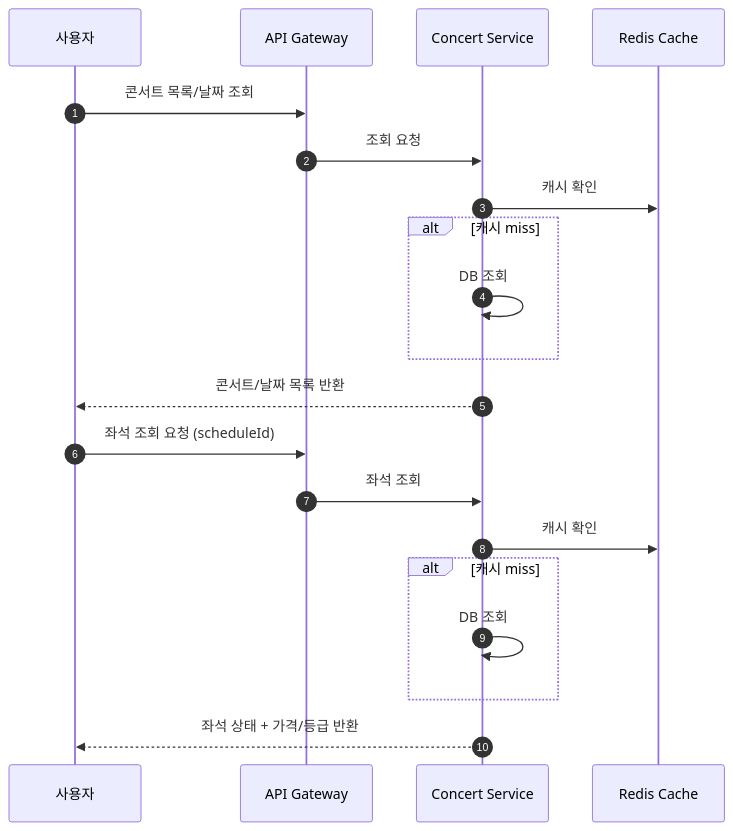
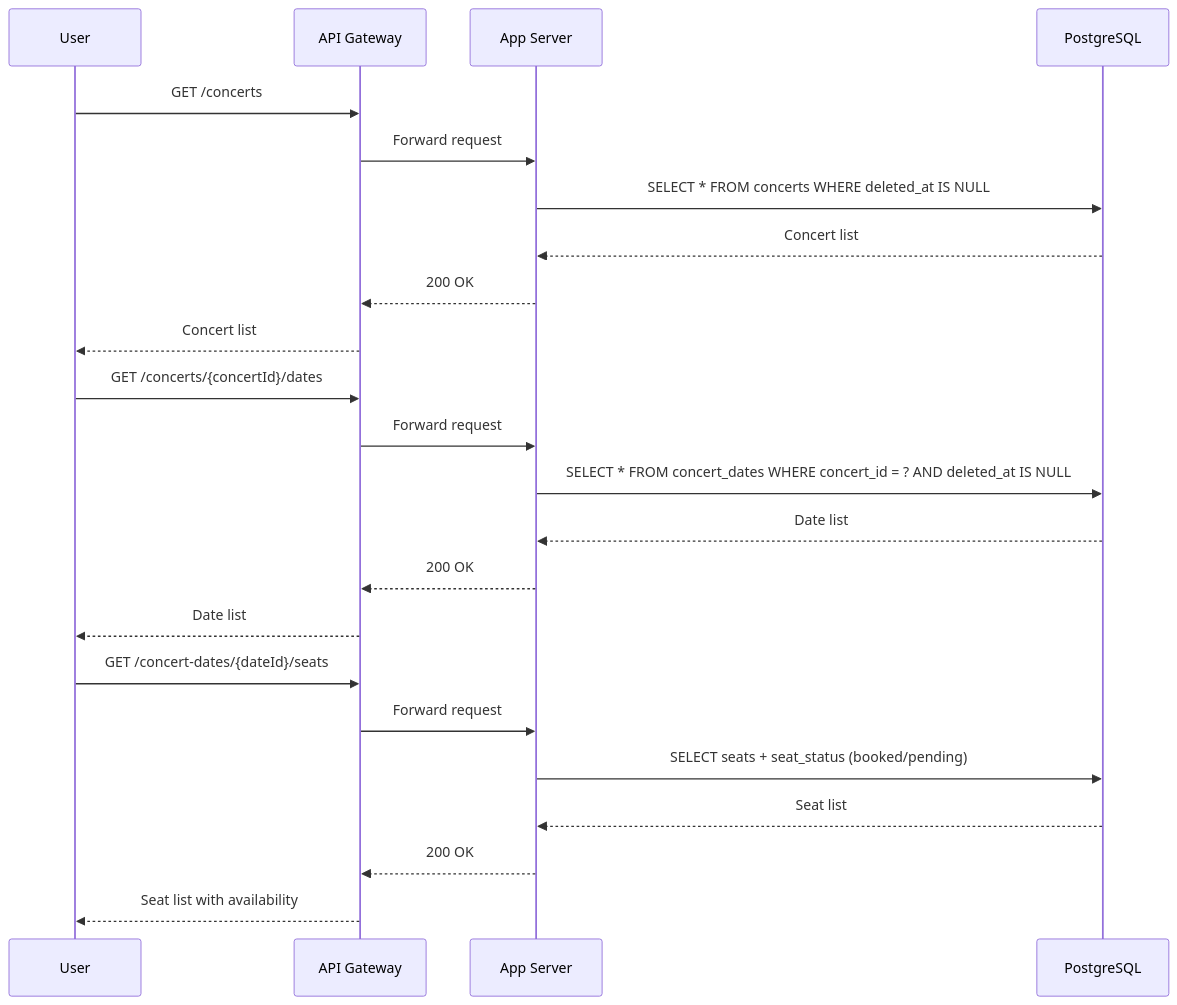
Before and after one commit to w00lam/server-java: the first of 8 diagrams in docs/ssd.md, drawn with Mermaid. The commit also changed other lines of this file, not shown here.

First line of the commit message:
docs: 시퀀스 다이어그램 수정

````diff
--- a/docs/ssd.md
+++ b/docs/ssd.md
@@ -29,24 +11,28 @@
 ```mermaid
 sequenceDiagram
-    autonumber
-    participant User as 사용자
-    participant APIG as API Gateway
-    participant Concert as Concert Service
-    participant Redis as Redis Cache
+    participant User
+    participant API as API Gateway
+    participant App as App Server
+    participant DB as PostgreSQL
 
-    User->>APIG: 콘서트 목록/날짜 조회
-    APIG->>Concert: 조회 요청
-    Concert->>Redis: 캐시 확인
-    alt 캐시 miss
-        Concert->>Concert: DB 조회
-    end
-    Concert-->>User: 콘서트/날짜 목록 반환
+    User ->> API: GET /concerts
+    API ->> App: Forward request
+    App ->> DB: SELECT * FROM concerts WHERE deleted_at IS NULL
+    DB -->> App: Concert list
+    App -->> API: 200 OK
+    API -->> User: Concert list
 
-    User->>APIG: 좌석 조회 요청 (scheduleId)
-    APIG->>Concert: 좌석 조회
-    Concert->>Redis: 캐시 확인
-    alt 캐시 miss
-        Concert->>Concert: DB 조회
-    end
-    Concert-->>User: 좌석 상태 + 가격/등급 반환
+    User ->> API: GET /concerts/{concertId}/dates
+    API ->> App: Forward request
+    App ->> DB: SELECT * FROM concert_dates WHERE concert_id = ? AND deleted_at IS NULL
+    DB -->> App: Date list
+    App -->> API: 200 OK
+    API -->> User: Date list
+
+    User ->> API: GET /concert-dates/{dateId}/seats
+    API ->> App: Forward request
+    App ->> DB: SELECT seats + seat_status (booked/pending)
+    DB -->> App: Seat list
+    App -->> API: 200 OK
+    API -->> User: Seat list with availability
 ```
````
